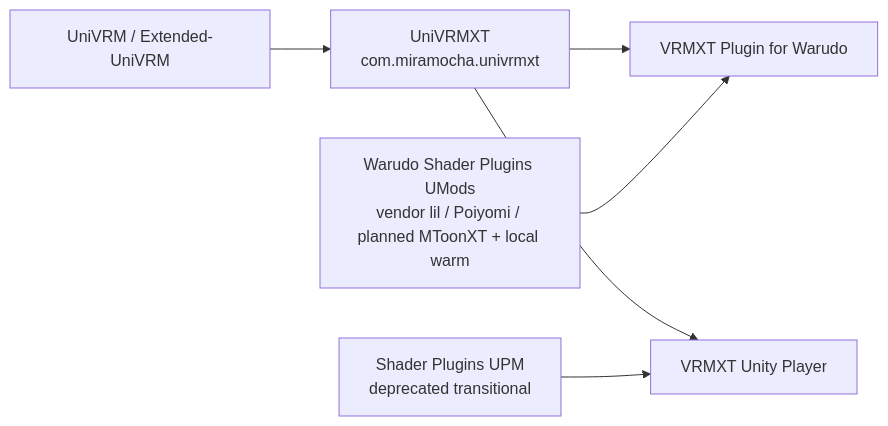
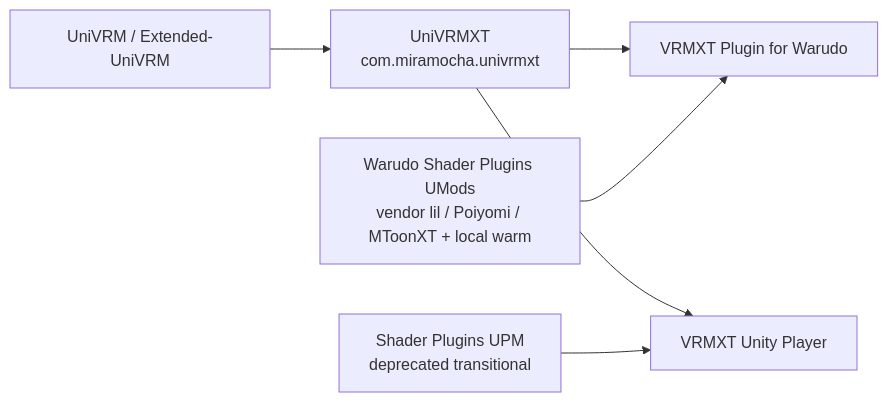
The first of 2 diagrams in implementations/vrmxt-unity-packages.md (miramocha/Extended-VRM-Specs), drawn with Mermaid before and after one commit. The commit also changed other lines of this file and 5 other files, not shown here.

````diff
--- a/implementations/vrmxt-unity-packages.md
+++ b/implementations/vrmxt-unity-packages.md
@@ -45,14 +45,14 @@
 ```mermaid
 flowchart LR
   univrm["UniVRM / Extended-UniVRM"]
   univrmxt["UniVRMXT<br/>com.miramocha.univrmxt"]
   shaders["Shader Plugins UPM<br/>deprecated transitional"]
-  wshaders["Warudo Shader Plugins UMods<br/>vendor lil / Poiyomi / planned MToonXT + local warm"]
+  wshaders["Warudo Shader Plugins UMods<br/>vendor lil / Poiyomi / MToonXT + local warm"]
   warudo["VRMXT Plugin for Warudo"]
   player["VRMXT Unity Player"]
   univrm --> univrmxt
   univrmxt --> warudo
   wshaders --> warudo
   univrmxt --> player
   shaders --> player
 ```
````
